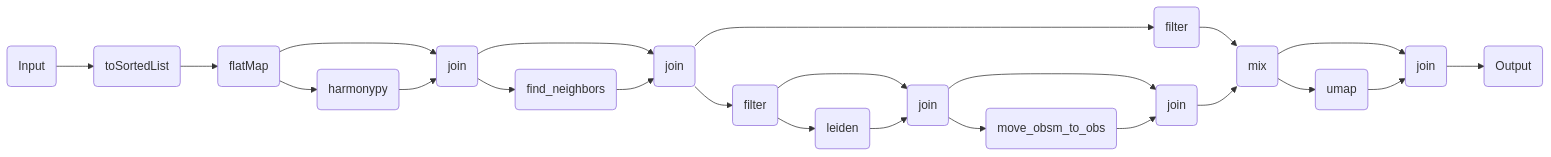
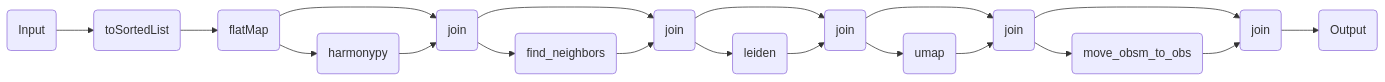
One commit to openpipelines-bio/website changed the diagram in components/workflows/multiomics/integration/harmony_leiden.qmd. Above: the diagram before and after it, drawn with Mermaid. The commit also changed other lines of this file and 92 other files, not shown here.

````diff
--- a/components/workflows/multiomics/integration/harmony_leiden.qmd
+++ b/components/workflows/multiomics/integration/harmony_leiden.qmd
@@ -147,44 +147,37 @@
 ```{mermaid}
 %%| column: screen-inset-shaded
 flowchart LR
     v0(Input)
     v2(toSortedList)
     v4(flatMap)
     v10(harmonypy)
     v12(join)
     v20(find_neighbors)
     v22(join)
-    v25(filter)
-    v31(leiden)
-    v33(join)
-    v41(move_obsm_to_obs)
-    v43(join)
-    v47(mix)
-    v46(filter)
-    v53(umap)
-    v55(join)
-    v61(Output)
-    v46-->v47
+    v30(leiden)
+    v32(join)
+    v40(umap)
+    v42(join)
+    v50(move_obsm_to_obs)
+    v52(join)
+    v58(Output)
     v0-->v2
     v2-->v4
     v4-->v12
     v4-->v10
     v10-->v12
     v12-->v22
     v12-->v20
     v20-->v22
-    v22-->v25
-    v22-->v46
-    v25-->v33
-    v25-->v31
-    v31-->v33
-    v33-->v43
-    v33-->v41
-    v41-->v43
-    v43-->v47
-    v47-->v55
-    v47-->v53
-    v53-->v55
-    v55-->v61
+    v22-->v32
+    v22-->v30
+    v30-->v32
+    v32-->v42
+    v32-->v40
+    v40-->v42
+    v42-->v52
+    v42-->v50
+    v50-->v52
+    v52-->v58
 
 ```
````
